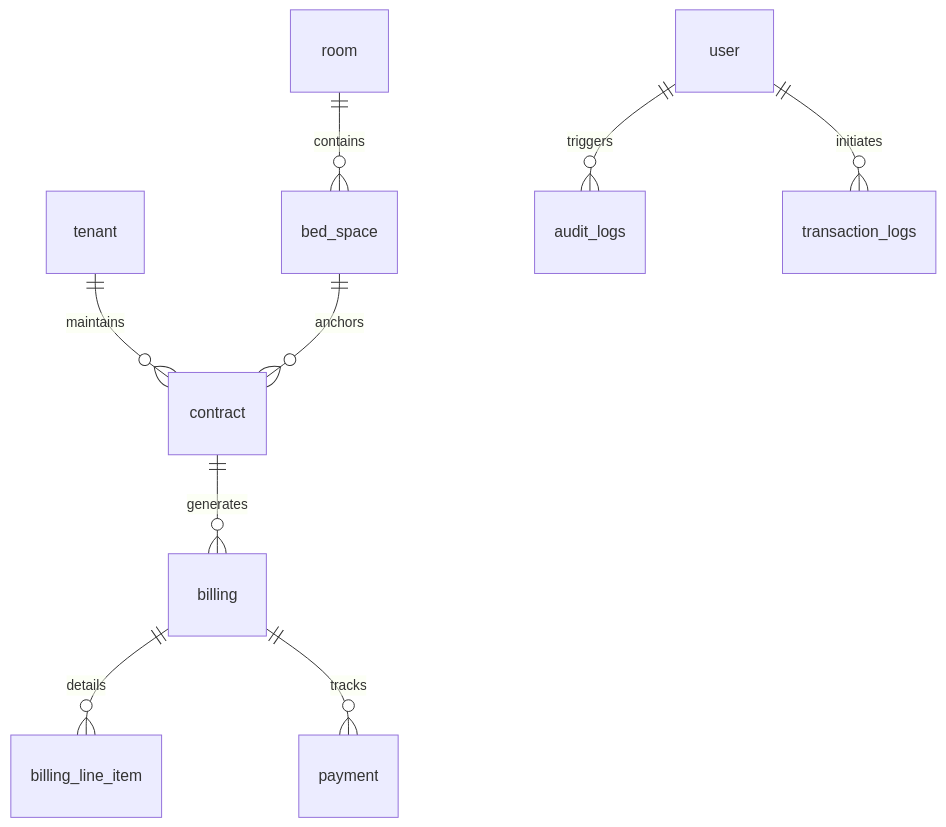
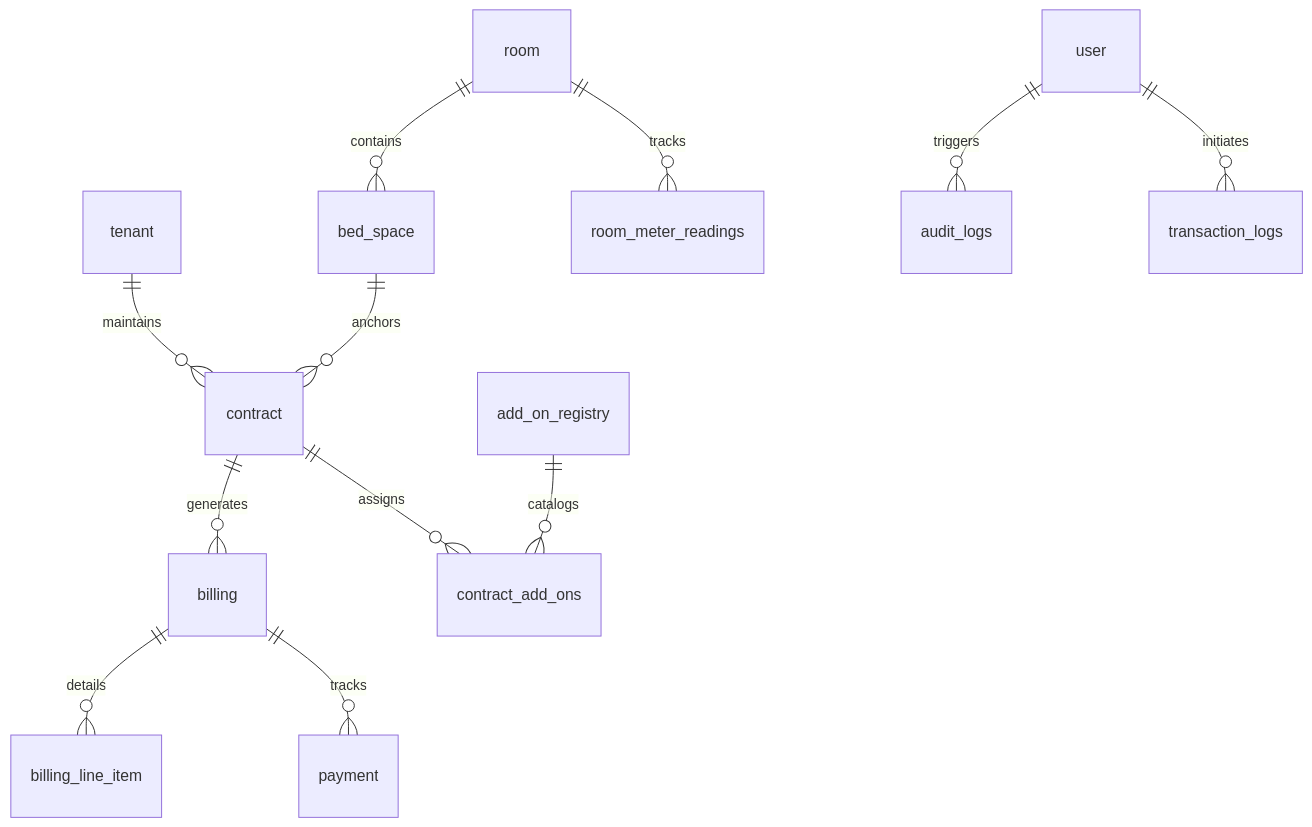
The diagram in docs/DATABASE.md (markalvincadangin/havenstay), drawn with Mermaid before and after one commit. The commit also changed other lines of this file and 228 other files, not shown here.

````diff
--- a/docs/DATABASE.md
+++ b/docs/DATABASE.md
@@ -99,11 +102,14 @@
 ```mermaid
 erDiagram
     tenant ||--o{ contract : maintains
     room ||--o{ bed_space : contains
+    room ||--o{ room_meter_readings : tracks
     bed_space ||--o{ contract : anchors
     contract ||--o{ billing : generates
+    contract ||--o{ contract_add_ons : assigns
+    add_on_registry ||--o{ contract_add_ons : catalogs
     billing ||--o{ billing_line_item : details
     billing ||--o{ payment : tracks
     user ||--o{ audit_logs : triggers
     user ||--o{ transaction_logs : initiates
 ```
````
